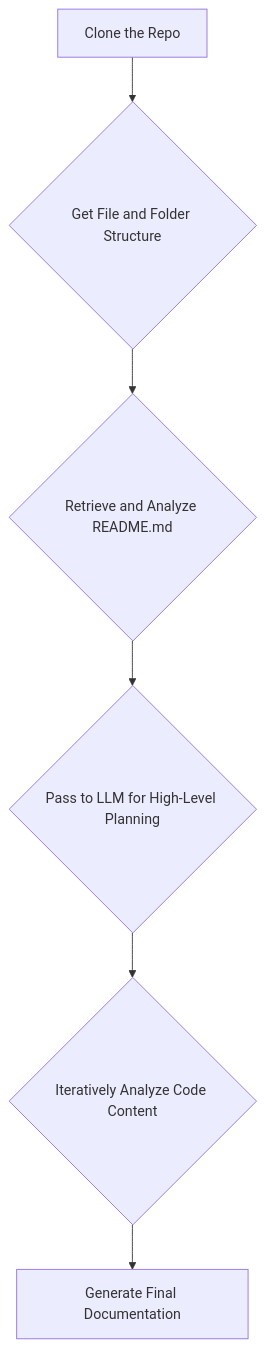
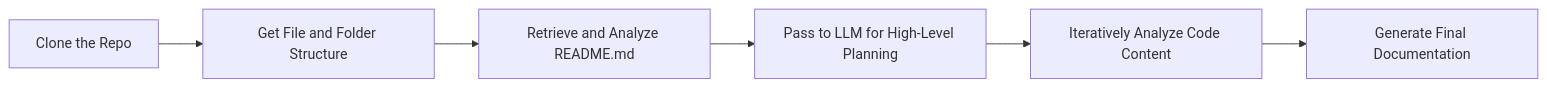
One commit to specialized806/jaseci changed the diagram in docs/docs/communityhub/fun/p2.md. Above: the diagram before and after it, drawn with Mermaid. The commit also changed other lines of this file and 1 other file, not shown here.

Commit message:
Add architecture diagram for Codebase Genius P2 project

````diff
--- a/docs/docs/communityhub/fun/p2.md
+++ b/docs/docs/communityhub/fun/p2.md
@@ -34,8 +34,8 @@
 ```mermaid
-graph TD
-    A[Clone the Repo] --> B{Get File and Folder Structure}
-    B --> C{Retrieve and Analyze README.md}
-    C --> D{Pass to LLM for High-Level Planning}
-    D --> E{Iteratively Analyze Code Content}
+flowchart LR
+    A[Clone the Repo] --> B[Get File and Folder Structure]
+    B --> C[Retrieve and Analyze README.md]
+    C --> D[Pass to LLM for High-Level Planning]
+    D --> E[Iteratively Analyze Code Content]
     E --> F[Generate Final Documentation]
 ```
````
